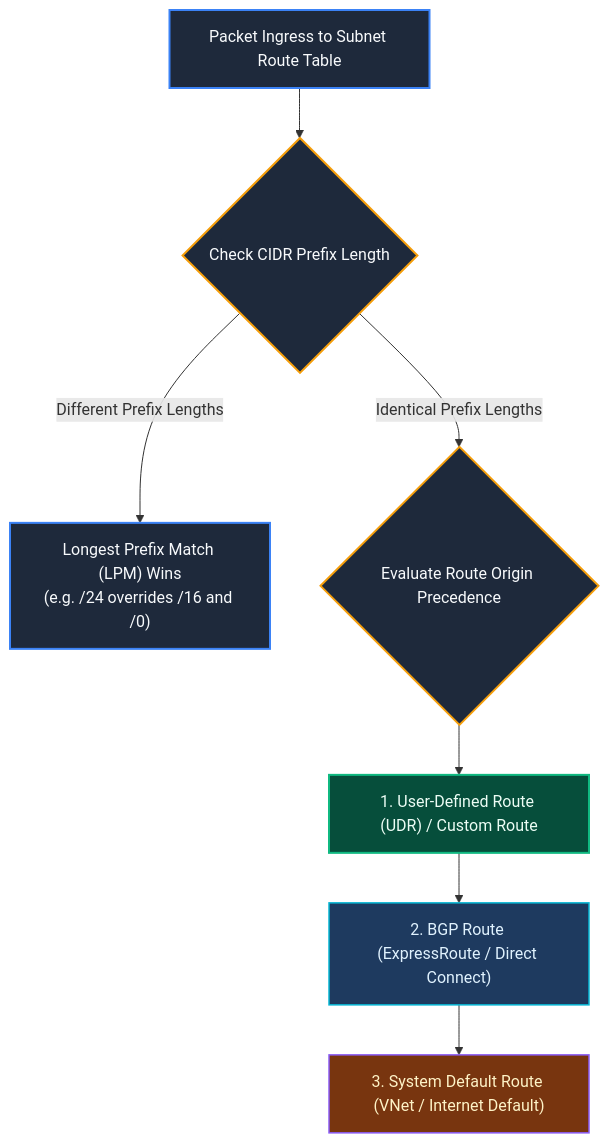
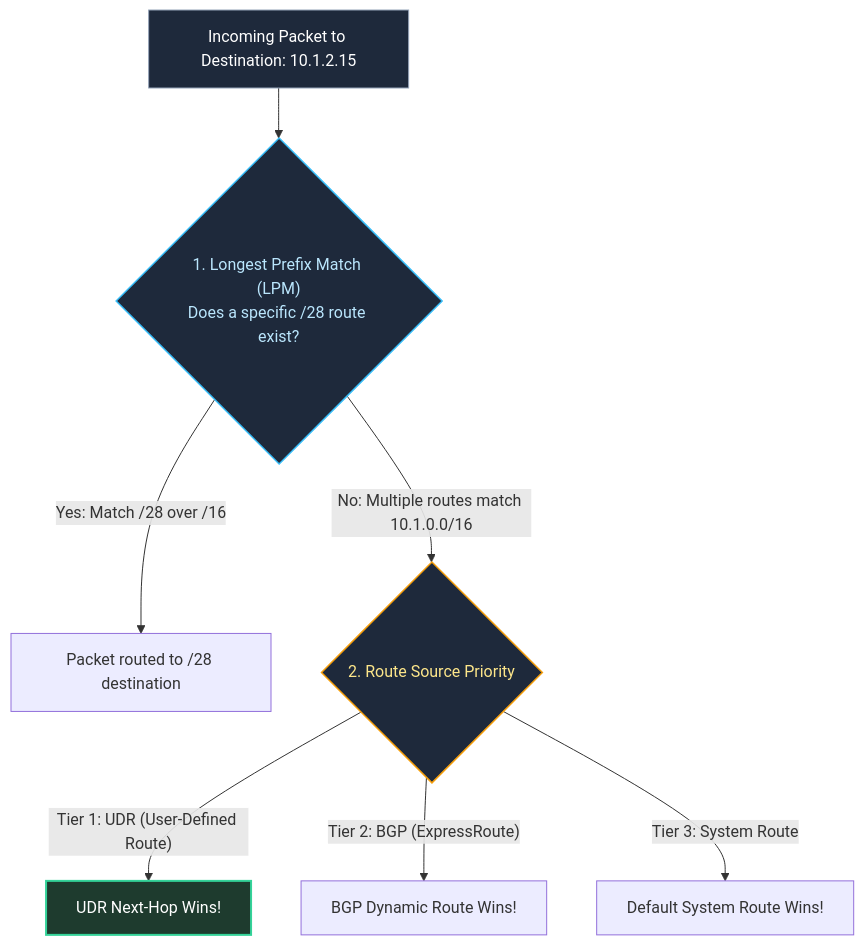
Before and after one commit to joydeep-biswas/Interview-Preparation: the sixth of 13 diagrams in Cloud Engineering/05_cloud_networking_and_infrastructure_design.md, drawn with Mermaid. The commit also changed other lines of this file and 143 other files, not shown here.

````diff
--- a/Cloud Engineering/05_cloud_networking_and_infrastructure_design.md
+++ b/Cloud Engineering/05_cloud_networking_and_infrastructure_design.md
@@ -161,21 +285,15 @@
 ```mermaid
 flowchart TD
-    Ingress["Packet Ingress to Subnet Route Table"] --> Step1{"Check CIDR Prefix Length"}
-    Step1 -- "Different Prefix Lengths" --> LPM["Longest Prefix Match (LPM) Wins<br/>(e.g. /24 overrides /16 and /0)"]
-    Step1 -- "Identical Prefix Lengths" --> Step2{"Evaluate Route Origin Precedence"}
-    Step2 --> UDR["1. User-Defined Route (UDR) / Custom Route"]
-    UDR --> BGP["2. BGP Route (ExpressRoute / Direct Connect)"]
-    BGP --> Sys["3. System Default Route (VNet / Internet Default)"]
+    Packet["Incoming Packet to Destination: 10.1.2.15"] --> LPM{"1. Longest Prefix Match (LPM)<br/>Does a specific /28 route exist?"}
+    LPM -->|"Yes: Match /28 over /16"| RouteTaken["Packet routed to /28 destination"]
+    LPM -->|"No: Multiple routes match 10.1.0.0/16"| NextHopPref{"2. Route Source Priority"}
+    
+    NextHopPref -->|"Tier 1: UDR (User-Defined Route)"| UDR["UDR Next-Hop Wins!"]
+    NextHopPref -->|"Tier 2: BGP (ExpressRoute)"| BGP["BGP Dynamic Route Wins!"]
+    NextHopPref -->|"Tier 3: System Route"| System["Default System Route Wins!"]
 
-    classDef proc fill:#1e293b,stroke:#3b82f6,stroke-width:2px,color:#f8fafc;
-    classDef dec fill:#1e293b,stroke:#f59e0b,stroke-width:2px,color:#f8fafc;
-    classDef route1 fill:#064e3b,stroke:#10b981,stroke-width:2px,color:#ecfdf5;
-    classDef route2 fill:#1e3a5f,stroke:#06b6d4,stroke-width:1.5px,color:#e0f2fe;
-    classDef route3 fill:#78350f,stroke:#8b5cf6,stroke-width:1.5px,color:#fef3c7;
-
-    class Ingress,LPM proc;
-    class Step1,Step2 dec;
-    class UDR route1;
-    class BGP route2;
-    class Sys route3;
+    style Packet fill:#1e293b,stroke:#94a3b8,stroke-width:1px,color:#fff
+    style LPM fill:#1e293b,stroke:#38bdf8,stroke-width:1.5px,color:#bae6fd
+    style NextHopPref fill:#1e293b,stroke:#f59e0b,stroke-width:1.5px,color:#fde68a
+    style UDR fill:#1e3b2e,stroke:#34d399,stroke-width:2px,color:#fff
 ```
````
